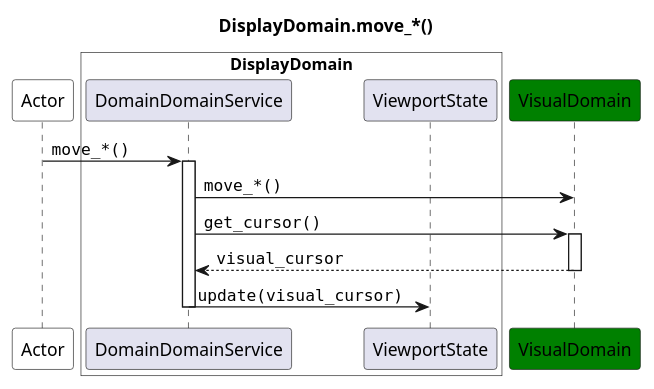
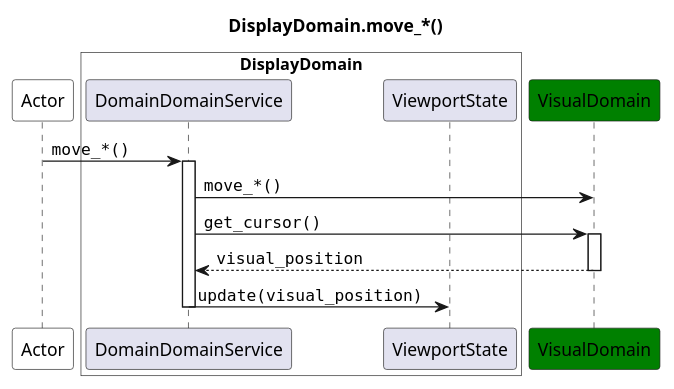
Before and after one commit to JoeRittiner/TextEngine: the diagram in docs/source/specs/architecture/diagrams/sequence/seq_move_display.puml, drawn with PlantUML. The commit also changed 11 other files, not shown here.

Commit message:
doc: Cleanup diagrams and consistency

```diff
--- a/docs/source/specs/architecture/diagrams/sequence/seq_move_display.puml
+++ b/docs/source/specs/architecture/diagrams/sequence/seq_move_display.puml
@@ -1,21 +1,21 @@
 @startuml
 
 title DisplayDomain.move_*()
 
 participant Actor as app #white
 box "DisplayDomain" #white
     participant DomainDomainService as DS
     participant ViewportState as VS
 end box
 participant VisualDomain as VD #green
 
 app -> DS : ""move_*()""
 activate DS
     DS -> VD : ""move_*()""
     DS -> VD : ""get_cursor()""
     activate VD
-        return ""visual_cursor""
-    DS -> VS : ""update(visual_cursor)""
+        return ""visual_position""
+    DS -> VS : ""update(visual_position)""
     deactivate DS
 
 @enduml
```
